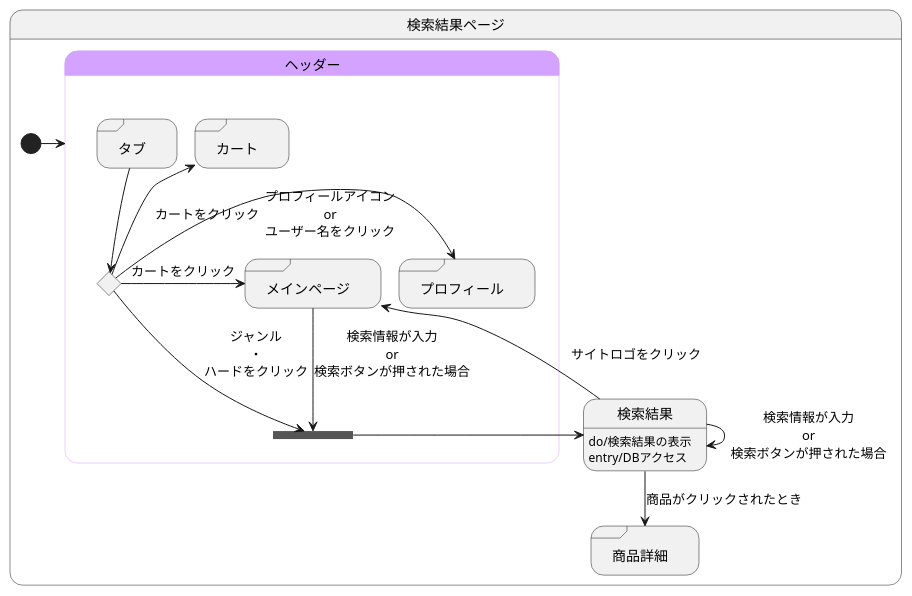
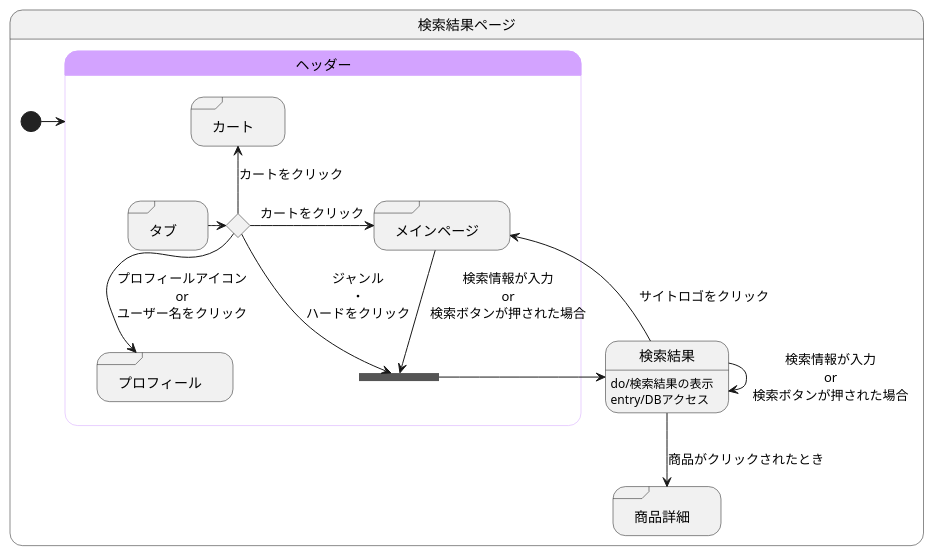
One commit to akutori/T-D-E changed the diagram in 検索結果.md. Above: the diagram before and after it, drawn with PlantUML.

Commit message:
位置の修正

````diff
--- a/検索結果.md
+++ b/検索結果.md
@@ -1,43 +1,43 @@
 ```uml
 @startuml
 state 検索結果ページ{
 
 
     state 検索結果:do/検索結果の表示
     state 検索結果:entry/DBアクセス
     state "商品詳細" as goodsdetail <<sdlreceive>>
     
 
 
     [*] -> ヘッダー
     
     検索結果 --> goodsdetail :商品がクリックされたとき
     検索結果 --> 検索結果 :検索情報が入力\nor\n検索ボタンが押された場合
     
 
     state ヘッダー<<headder>>{
         state join_header <<join>>
         state ifinput <<choice>>
         state "タブ" as tab <<sdlreceive>>
         state "カート" as cart <<sdlreceive>>
         state "プロフィール" as profile <<sdlreceive>>
         state "メインページ" as mainpage <<sdlreceive>>
 
-        tab --> ifinput 
+        tab -> ifinput 
         ifinput -up-> cart :カートをクリック
-        ifinput -> profile :プロフィールアイコン\nor\nユーザー名をクリック
+        ifinput --> profile :プロフィールアイコン\nor\nユーザー名をクリック
         ifinput -> mainpage :カートをクリック
         ifinput --> join_header :ジャンル\n・\nハードをクリック
 
         mainpage --> join_header :検索情報が入力\nor\n検索ボタンが押された場合
         検索結果 --> mainpage :サイトロゴをクリック
         join_header -> 検索結果
     }
 
     skinparam stateBorderColor<<headder>> #d3a3ff
     state ヘッダー #d3a3ff
 
 }
 
 @enduml
 ```
````
